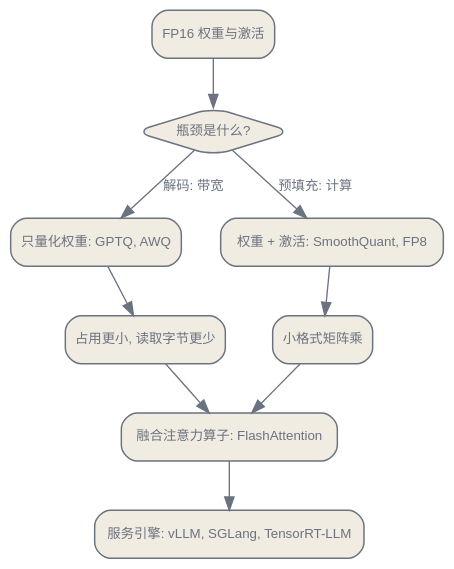
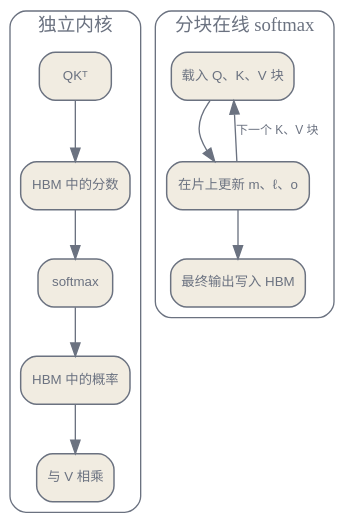
One commit to latere-ai/ai-as-an-infrastructure changed the second of 2 diagrams in zh/inference/04-quantization-kernels.qmd. Above: the diagram before and after it, drawn with Graphviz. The commit also changed other lines of this file and 2 other files, not shown here.

Commit message:
docs: rewrite Chinese quantization and kernels chapter

````diff
--- a/zh/inference/04-quantization-kernels.qmd
+++ b/zh/inference/04-quantization-kernels.qmd
@@ -127,27 +226,29 @@
 ```{dot}
-//| label: fig-quantization-kernels-routing
-//| fig-cap: "服务情形决定量化选择，一个融合注意力算子位于两条路径之下，然后才抵达引擎。"
+//| label: fig-quantization-kernels-flashattention
+//| fig-cap: "独立注意力内核会在 HBM 中物化中间结果。分块的在线 softmax 内核把每个分数块及其运行状态保留在片上，只写回最终输出。"
 digraph {
   bgcolor="transparent";
   rankdir=TB;
-  nodesep=0.4; ranksep=0.5;
+  nodesep=0.38; ranksep=0.48;
   node [shape=box, style="rounded,filled", fontname="Helvetica", fontsize=10, color="#6b7280", fontcolor="#6b7280", fillcolor="#f1ece1", penwidth=1.1];
-  edge [fontsize=10, fontname="Helvetica", color="#6b7280", fontcolor="#6b7280"];
-  A [label="FP16 权重与激活"];
-  B [label="瓶颈是什么?", shape=diamond];
-  C [label="只量化权重: GPTQ, AWQ"];
-  D [label="权重 + 激活: SmoothQuant, FP8"];
-  E [label="占用更小, 读取字节更少"];
-  F [label="小格式矩阵乘"];
-  G [label="融合注意力算子: FlashAttention"];
-  H [label="服务引擎: vLLM, SGLang, TensorRT-LLM"];
-  A -> B;
-  B -> C [label="解码: 带宽"];
-  B -> D [label="预填充: 计算"];
-  C -> E;
-  D -> F;
-  E -> G;
-  F -> G;
-  G -> H;
+  edge [fontsize=9, fontname="Helvetica", color="#6b7280", fontcolor="#6b7280"];
+  subgraph cluster_separate {
+    label="独立内核"; style=rounded; color="#6b7280"; fontcolor="#6b7280";
+    Q1 [label="QKᵀ"];
+    H1 [label="HBM 中的分数"];
+    S1 [label="softmax"];
+    H2 [label="HBM 中的概率"];
+    V1 [label="与 V 相乘"];
+    Q1 -> H1 -> S1 -> H2 -> V1;
+  }
+  subgraph cluster_tiled {
+    label="分块在线 softmax"; style=rounded; color="#6b7280"; fontcolor="#6b7280";
+    T1 [label="载入 Q、K、V 块"];
+    T2 [label="在片上更新 m、ℓ、o"];
+    T3 [label="最终输出写入 HBM"];
+    T1 -> T2;
+    T2 -> T1 [label="下一个 K、V 块"];
+    T2 -> T3;
+  }
 }
 ```
````
